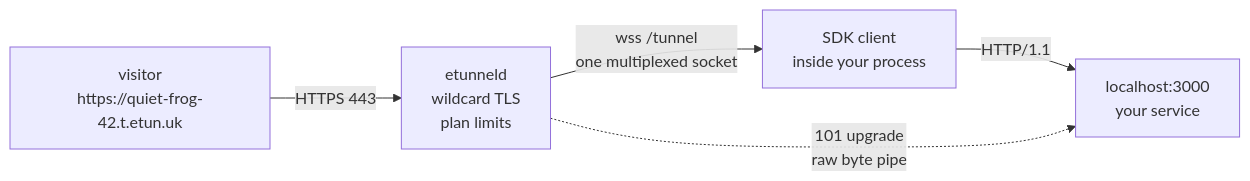
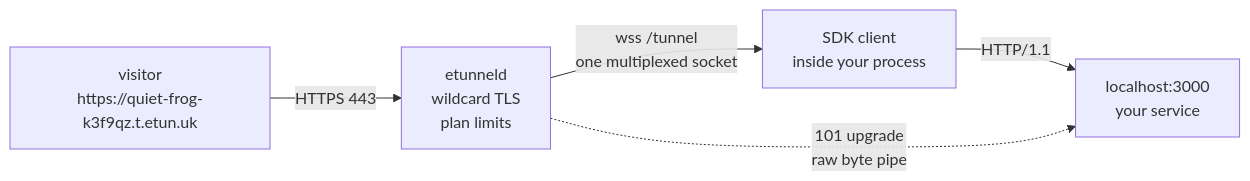
One commit to topcheer/etunnel changed the first of 2 diagrams in README.md. Above: the diagram before and after it, drawn with Mermaid. The commit also changed other lines of this file, not shown here.

````diff
--- a/README.md
+++ b/README.md
@@ -41,7 +41,7 @@
 ```mermaid
 flowchart LR
-  V["visitor<br/>https://quiet-frog-42.t.etun.uk"] -->|HTTPS 443| E["etunneld<br/>wildcard TLS<br/>plan limits"]
+  V["visitor<br/>https://quiet-frog-k3f9qz.t.etun.uk"] -->|HTTPS 443| E["etunneld<br/>wildcard TLS<br/>plan limits"]
   E -->|"wss /tunnel<br/>one multiplexed socket"| C["SDK client<br/>inside your process"]
   C -->|HTTP/1.1| A["localhost:3000<br/>your service"]
   E -.->|"101 upgrade<br/>raw byte pipe"| A
 ```
````
